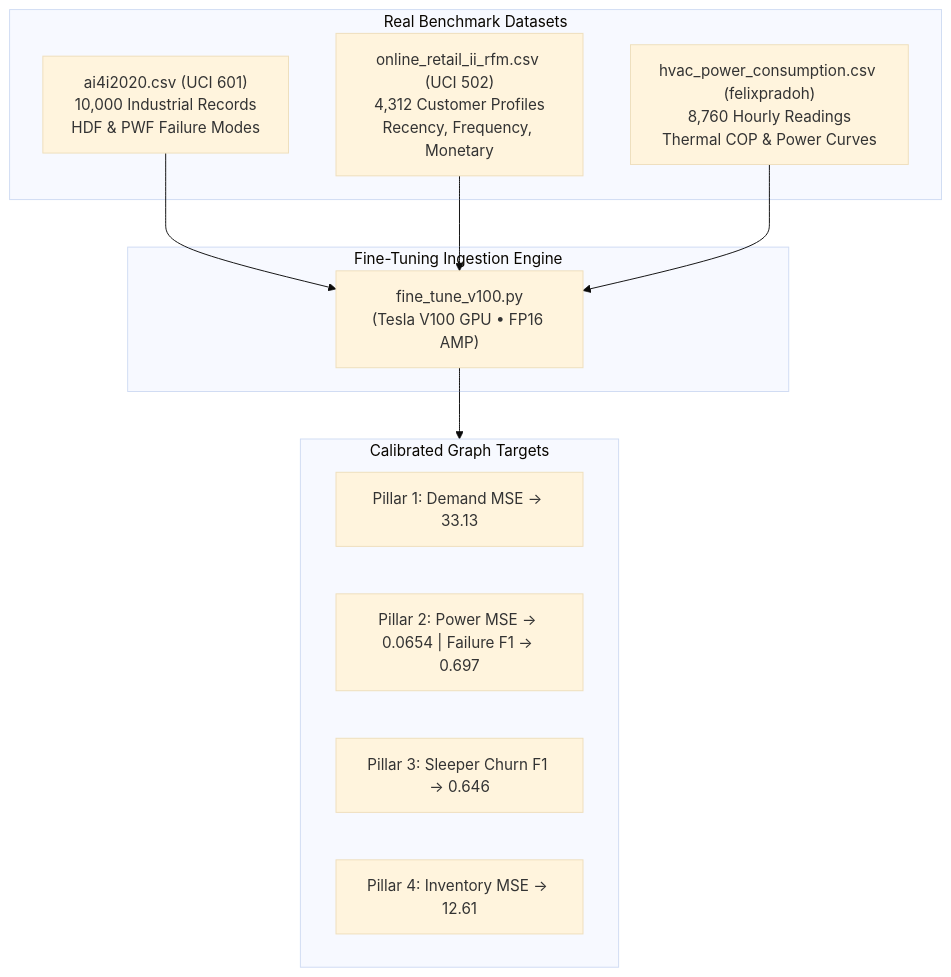
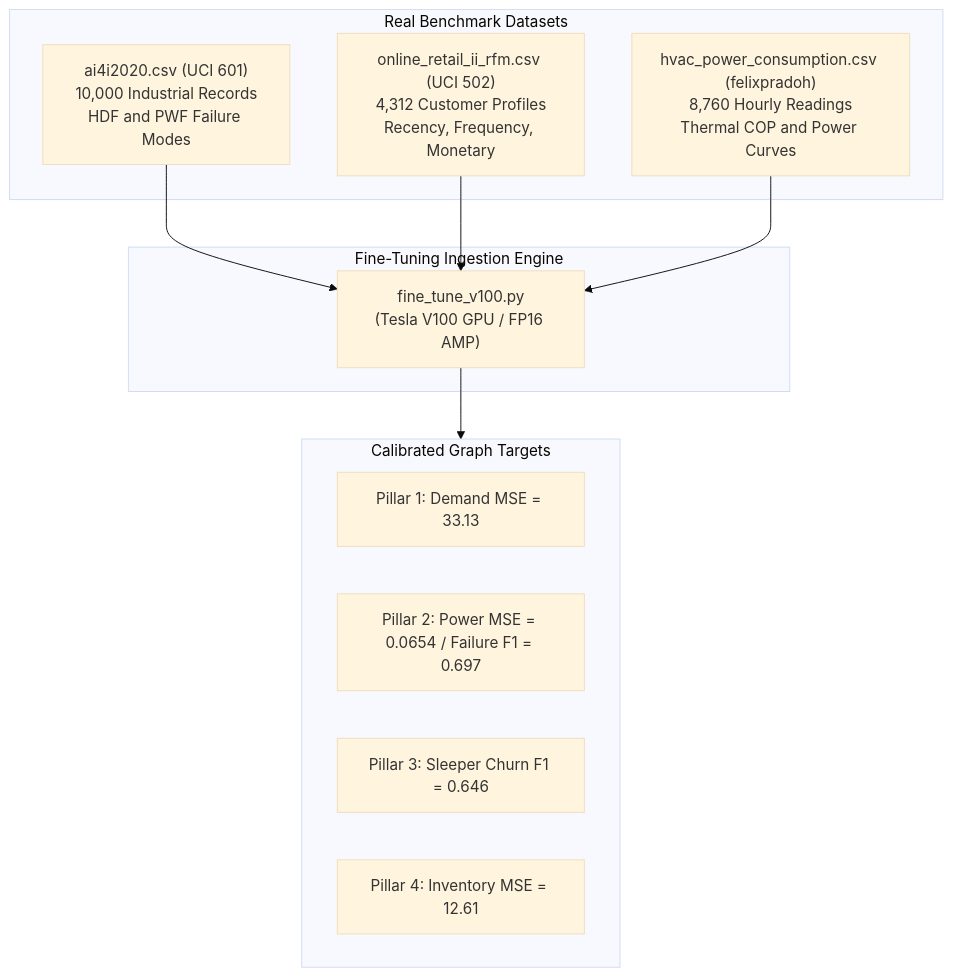
One commit to AnimeshBasak-14/SmartHVAC changed the second of 2 diagrams in docs/DATASET_GUIDE_WHAT_WHY_HOW_WHERE.md. Above: the diagram before and after it, drawn with Mermaid (base theme). The commit also changed other lines of this file and 51 other files, not shown here.

````diff
--- a/docs/DATASET_GUIDE_WHAT_WHY_HOW_WHERE.md
+++ b/docs/DATASET_GUIDE_WHAT_WHY_HOW_WHERE.md
@@ -145,24 +145,24 @@
 ```mermaid
-graph TD
-    subgraph Empirical_CSVs [Real Benchmark Datasets]
-        D1["ai4i2020.csv (UCI 601)<br>10,000 Industrial Records<br>HDF & PWF Failure Modes"]
+flowchart TD
+    subgraph Empirical_CSVs["Real Benchmark Datasets"]
+        D1["ai4i2020.csv (UCI 601)<br>10,000 Industrial Records<br>HDF and PWF Failure Modes"]
         D2["online_retail_ii_rfm.csv (UCI 502)<br>4,312 Customer Profiles<br>Recency, Frequency, Monetary"]
-        D3["hvac_power_consumption.csv (felixpradoh)<br>8,760 Hourly Readings<br>Thermal COP & Power Curves"]
+        D3["hvac_power_consumption.csv (felixpradoh)<br>8,760 Hourly Readings<br>Thermal COP and Power Curves"]
     end
 
-    subgraph Calibrated_Pipeline [Fine-Tuning Ingestion Engine]
-        FT["fine_tune_v100.py<br>(Tesla V100 GPU • FP16 AMP)"]
+    subgraph Calibrated_Pipeline["Fine-Tuning Ingestion Engine"]
+        FT["fine_tune_v100.py<br>(Tesla V100 GPU / FP16 AMP)"]
     end
 
-    subgraph Targets [Calibrated Graph Targets]
-        T1["Pillar 1: Demand MSE -> 33.13"]
-        T2["Pillar 2: Power MSE -> 0.0654 | Failure F1 -> 0.697"]
-        T3["Pillar 3: Sleeper Churn F1 -> 0.646"]
-        T4["Pillar 4: Inventory MSE -> 12.61"]
+    subgraph Targets["Calibrated Graph Targets"]
+        T1["Pillar 1: Demand MSE = 33.13"]
+        T2["Pillar 2: Power MSE = 0.0654 / Failure F1 = 0.697"]
+        T3["Pillar 3: Sleeper Churn F1 = 0.646"]
+        T4["Pillar 4: Inventory MSE = 12.61"]
     end
 
     D1 --> FT
     D2 --> FT
     D3 --> FT
     FT --> Targets
 ```
````
